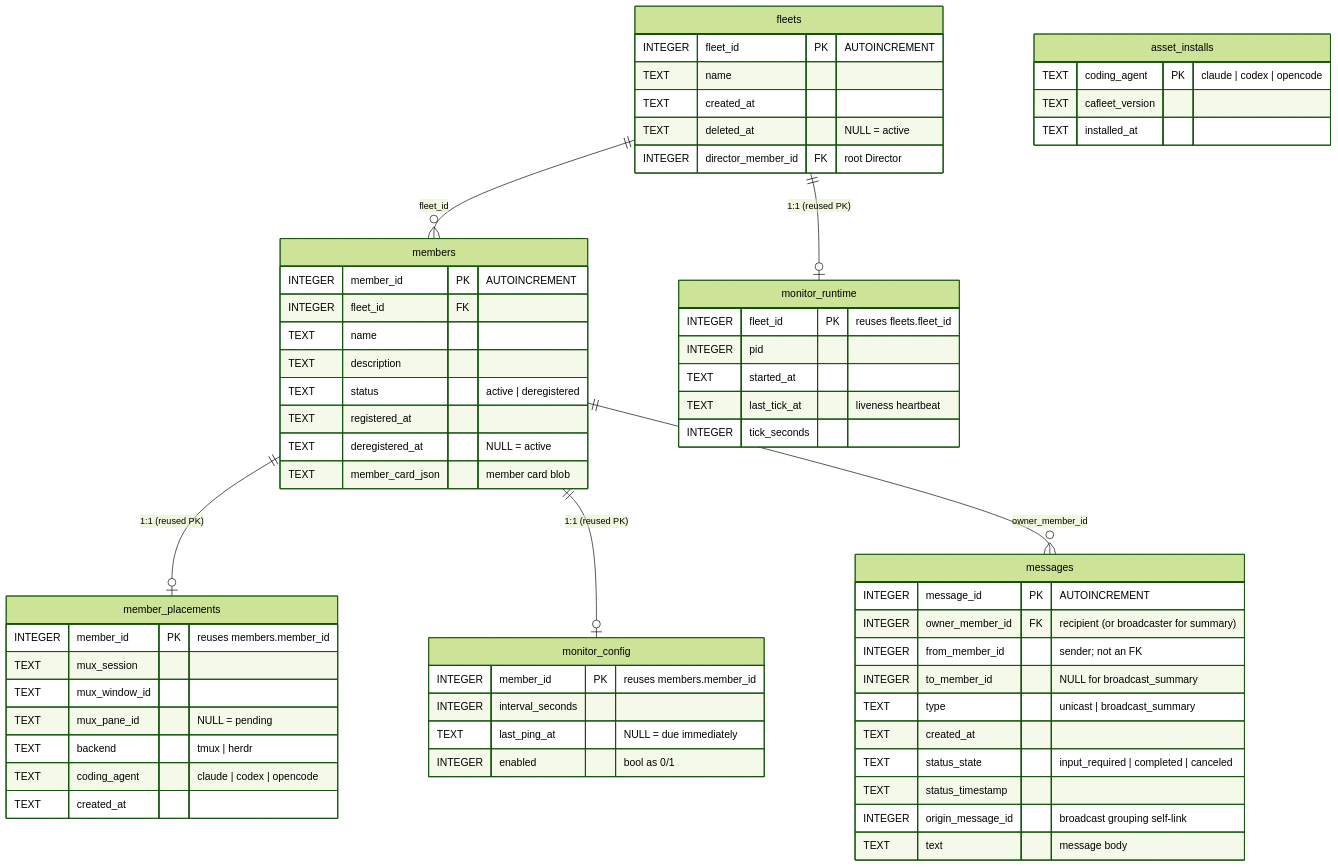
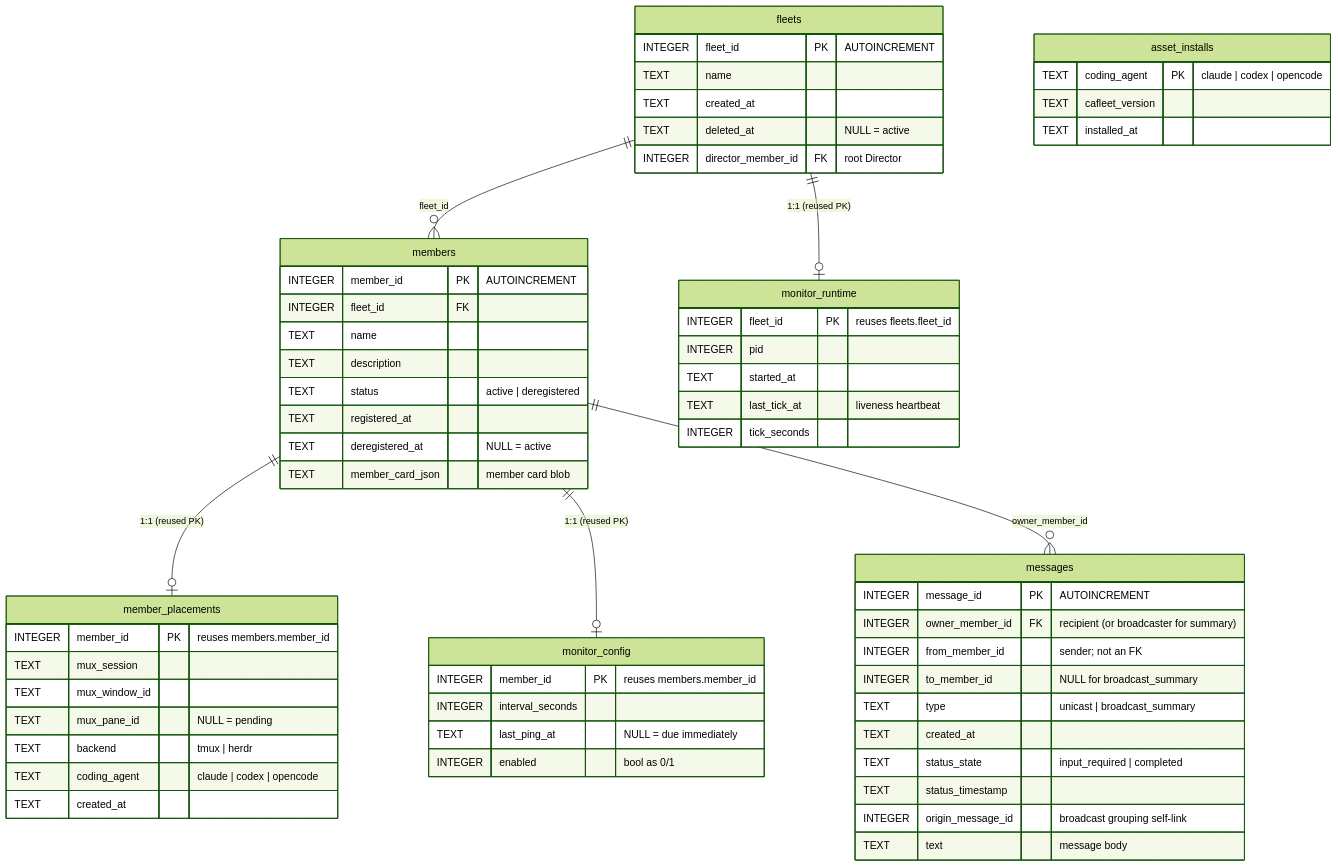
The diagram in docs/spec/data-model.md (himkt/cafleet), drawn with Mermaid (forest theme) before and after one commit. The commit also changed other lines of this file and 11 other files, not shown here.

````diff
--- a/docs/spec/data-model.md
+++ b/docs/spec/data-model.md
@@ -17,65 +17,65 @@
 ```mermaid
 erDiagram
     fleets ||--o{ members : "fleet_id"
     fleets ||--o| monitor_runtime : "1:1 (reused PK)"
     members ||--o| member_placements : "1:1 (reused PK)"
     members ||--o| monitor_config : "1:1 (reused PK)"
     members ||--o{ messages : "owner_member_id"
 
     fleets {
         INTEGER fleet_id PK "AUTOINCREMENT"
         TEXT name
         TEXT created_at
         TEXT deleted_at "NULL = active"
         INTEGER director_member_id FK "root Director"
     }
     members {
         INTEGER member_id PK "AUTOINCREMENT"
         INTEGER fleet_id FK
         TEXT name
         TEXT description
         TEXT status "active | deregistered"
         TEXT registered_at
         TEXT deregistered_at "NULL = active"
         TEXT member_card_json "member card blob"
     }
     messages {
         INTEGER message_id PK "AUTOINCREMENT"
         INTEGER owner_member_id FK "recipient (or broadcaster for summary)"
         INTEGER from_member_id "sender; not an FK"
         INTEGER to_member_id "NULL for broadcast_summary"
         TEXT type "unicast | broadcast_summary"
         TEXT created_at
-        TEXT status_state "input_required | completed | canceled"
+        TEXT status_state "input_required | completed"
         TEXT status_timestamp
         INTEGER origin_message_id "broadcast grouping self-link"
         TEXT text "message body"
     }
     member_placements {
         INTEGER member_id PK "reuses members.member_id"
         TEXT mux_session
         TEXT mux_window_id
         TEXT mux_pane_id "NULL = pending"
         TEXT backend "tmux | herdr"
         TEXT coding_agent "claude | codex | opencode"
         TEXT created_at
     }
     monitor_config {
         INTEGER member_id PK "reuses members.member_id"
         INTEGER interval_seconds
         TEXT last_ping_at "NULL = due immediately"
         INTEGER enabled "bool as 0/1"
     }
     monitor_runtime {
         INTEGER fleet_id PK "reuses fleets.fleet_id"
         INTEGER pid
         TEXT started_at
         TEXT last_tick_at "liveness heartbeat"
         INTEGER tick_seconds
     }
     asset_installs {
         TEXT coding_agent PK "claude | codex | opencode"
         TEXT cafleet_version
         TEXT installed_at
     }
 ```
````
